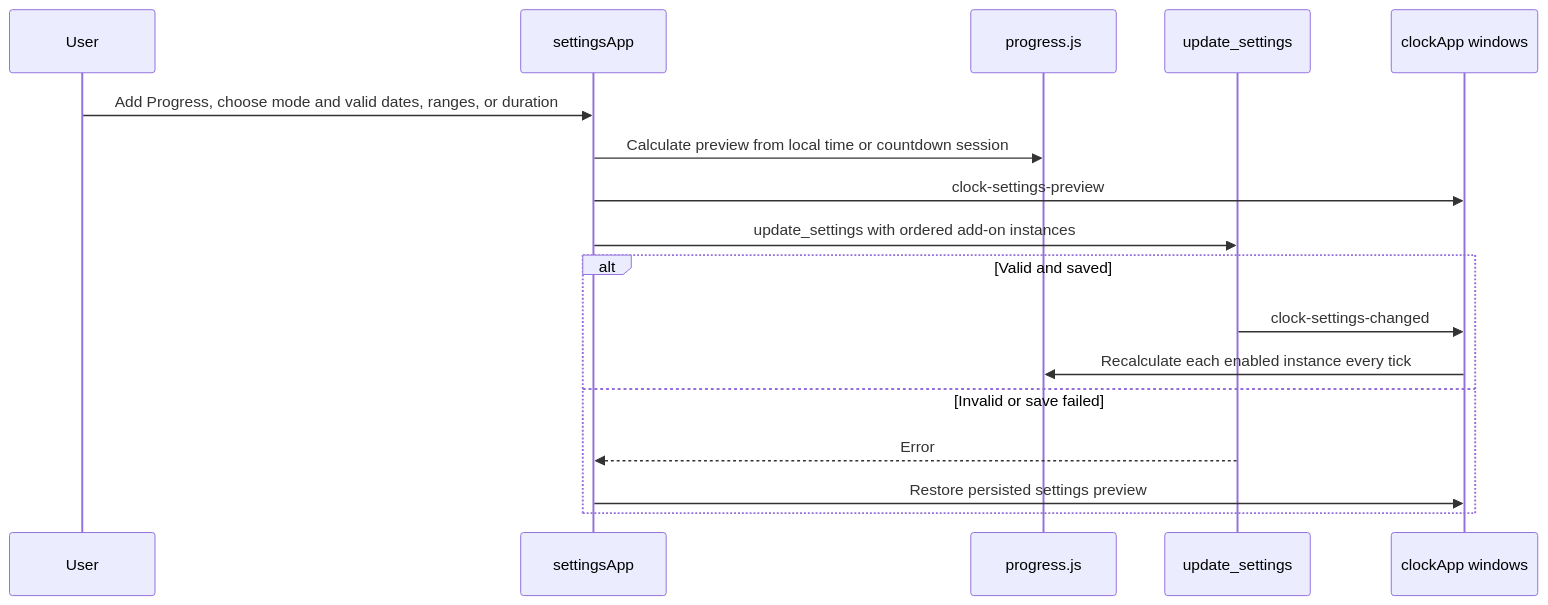
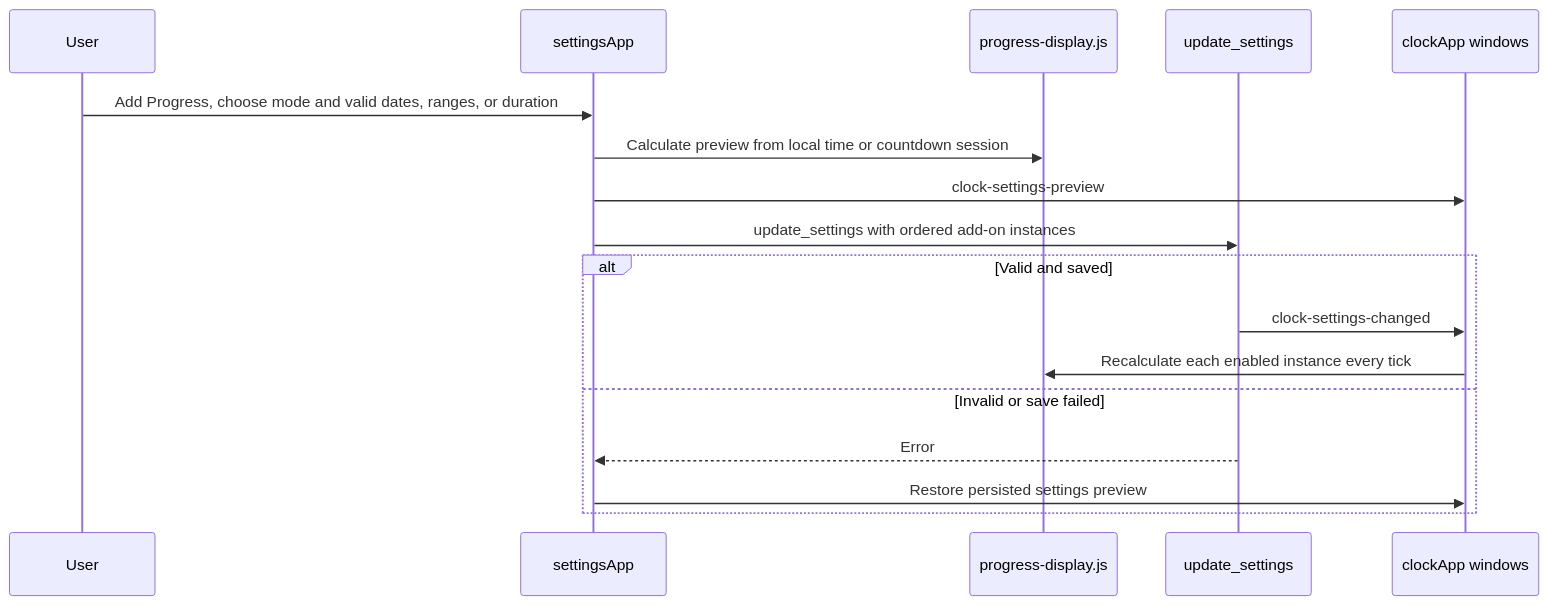
One commit to tbkmax/TopClock changed the third of 8 diagrams in src/doc/workflow_diagram.md. Above: the diagram before and after it, drawn with Mermaid. The commit also changed other lines of this file and 69 other files, not shown here.

````diff
--- a/src/doc/workflow_diagram.md
+++ b/src/doc/workflow_diagram.md
@@ -46,19 +46,19 @@
 ```mermaid
 sequenceDiagram
     participant User
     participant Settings as settingsApp
-    participant Progress as progress.js
+    participant Progress as progress-display.js
     participant Rust as update_settings
     participant Clocks as clockApp windows
     User->>Settings: Add Progress, choose mode and valid dates, ranges, or duration
     Settings->>Progress: Calculate preview from local time or countdown session
     Settings->>Clocks: clock-settings-preview
     Settings->>Rust: update_settings with ordered add-on instances
     alt Valid and saved
         Rust->>Clocks: clock-settings-changed
         Clocks->>Progress: Recalculate each enabled instance every tick
     else Invalid or save failed
         Rust-->>Settings: Error
         Settings->>Clocks: Restore persisted settings preview
     end
 ```
````
